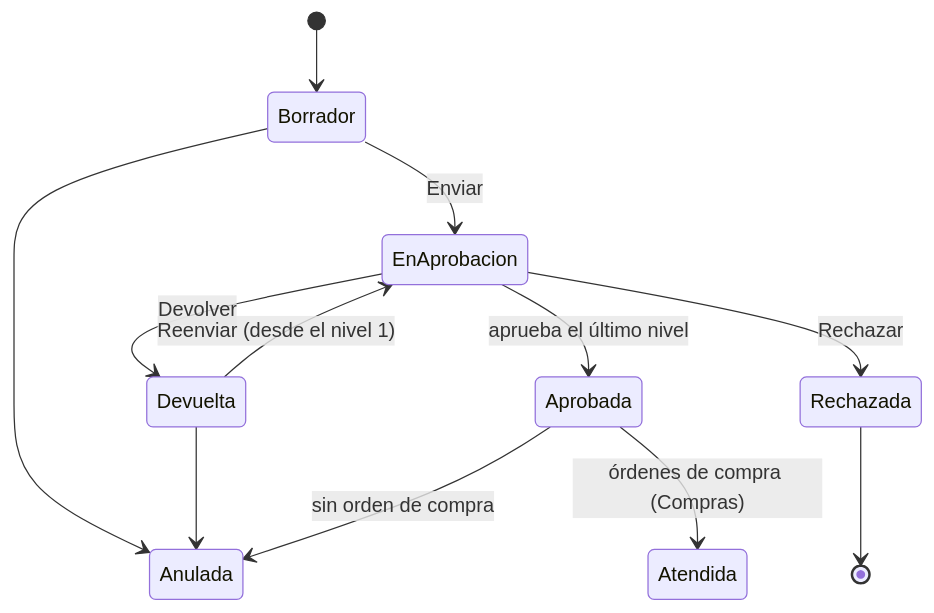
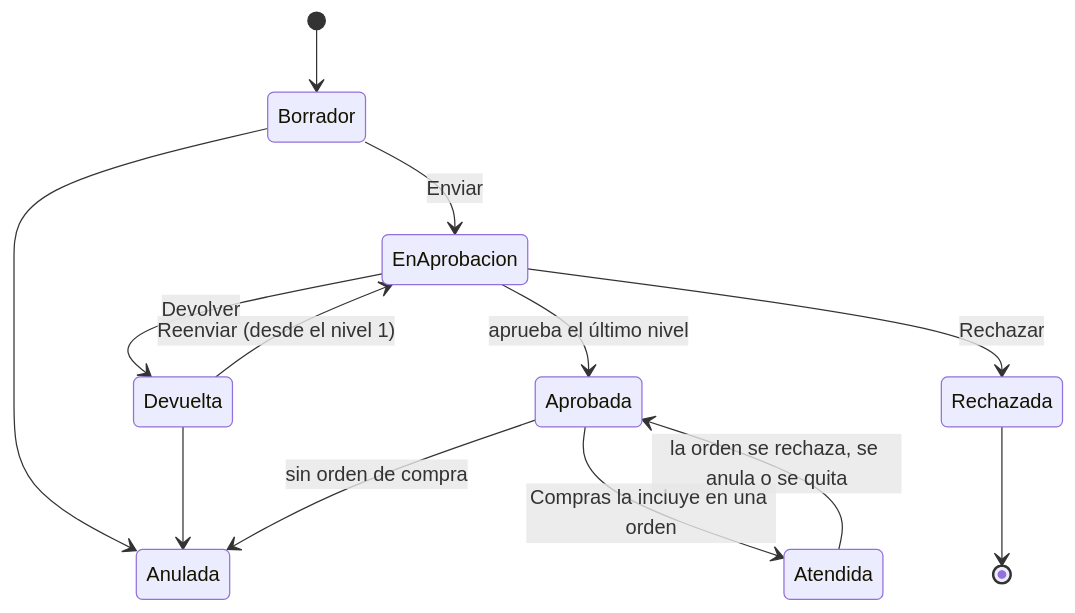
Before and after one commit to etzonchavez/erp-victoria: the diagram in docs/modulos/solicitudes.md, drawn with Mermaid. The commit also changed other lines of this file and 43 other files, not shown here.

First line of the commit message:
compras: órdenes de compra con aprobación configurable y PDF por empresa (ADR-007) - v0.15.0

````diff
--- a/docs/modulos/solicitudes.md
+++ b/docs/modulos/solicitudes.md
@@ -26,14 +26,15 @@
 ```mermaid
 stateDiagram-v2
     [*] --> Borrador
     Borrador --> EnAprobacion: Enviar
     EnAprobacion --> Aprobada: aprueba el último nivel
     EnAprobacion --> Rechazada: Rechazar
     EnAprobacion --> Devuelta: Devolver
     Devuelta --> EnAprobacion: Reenviar (desde el nivel 1)
     Borrador --> Anulada
     Devuelta --> Anulada
     Aprobada --> Anulada: sin orden de compra
-    Aprobada --> Atendida: órdenes de compra (Compras)
+    Aprobada --> Atendida: Compras la incluye en una orden
+    Atendida --> Aprobada: la orden se rechaza, se anula o se quita
     Rechazada --> [*]
 ```
````
